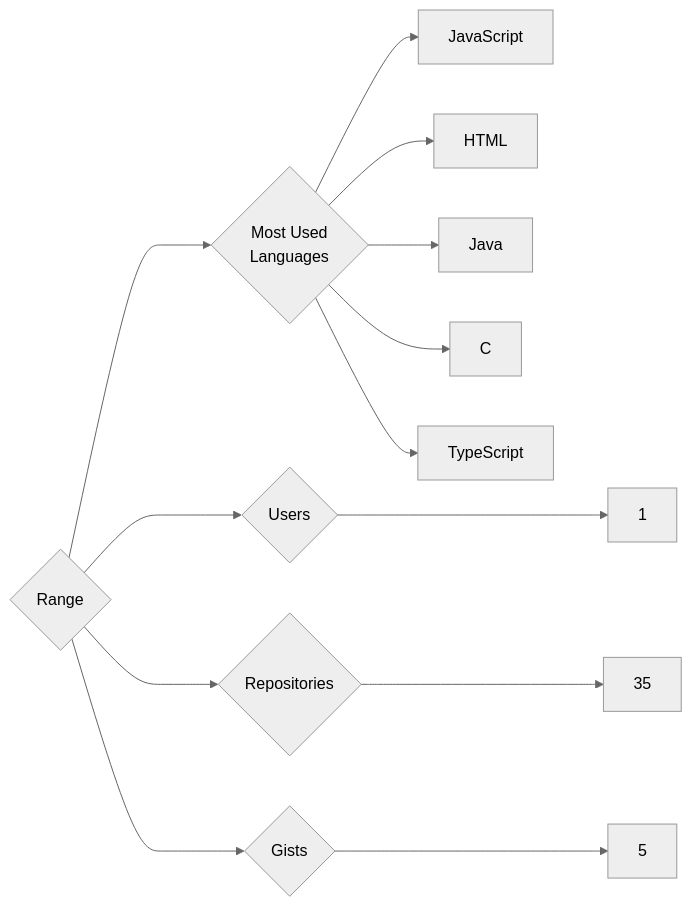
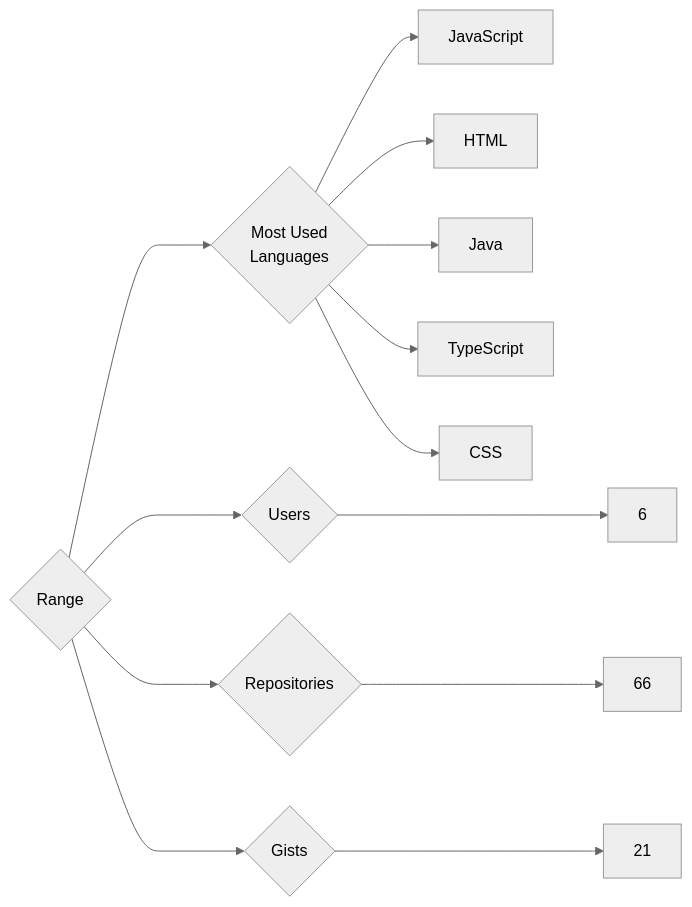
Before and after one commit to trickest/insiders: the diagram in targets/Range/README.md, drawn with Mermaid (neutral theme). The commit also changed 806 other files, not shown here.

````diff
--- a/targets/Range/README.md
+++ b/targets/Range/README.md
@@ -3,13 +3,13 @@
 ```mermaid
 graph LR
 COMPANY_NAME{Range}
-COMPANY_NAME ---> U{Users} ---> UN[1]
-COMPANY_NAME ---> R{Repositories} ---> RN[35]
-COMPANY_NAME ---> G{Gists} ---> GN[5]
+COMPANY_NAME ---> U{Users} ---> UN[6]
+COMPANY_NAME ---> R{Repositories} ---> RN[66]
+COMPANY_NAME ---> G{Gists} ---> GN[21]
 COMPANY_NAME ---> ML{Most Used<br>Languages}
 ML --> JavaScript[JavaScript]
 ML --> HTML[HTML]
 ML --> Java[Java]
-ML --> C[C]
 ML --> TypeScript[TypeScript]
+ML --> CSS[CSS]
 ```
````
